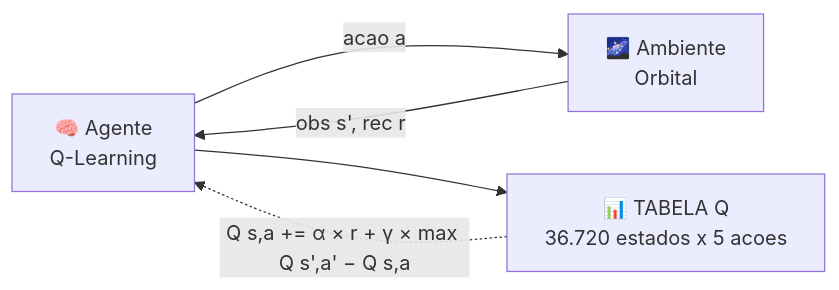
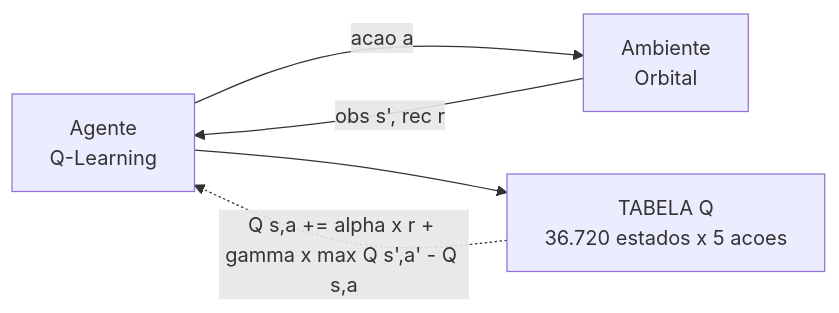
Before and after one commit to ClaudersonXavier/aprendizado-de-maquina-estilingue-espacial: the first of 3 diagrams in docs/agentes/agente-qlearning.md, drawn with Mermaid. The commit also changed other lines of this file and 2 other files, not shown here.

````diff
--- a/docs/agentes/agente-qlearning.md
+++ b/docs/agentes/agente-qlearning.md
@@ -15,7 +15,7 @@
 ```mermaid
 flowchart LR
-    A[🧠 Agente<br/>Q-Learning] -->|acao a| B[🌌 Ambiente<br/>Orbital]
+    A[Agente<br/>Q-Learning] -->|acao a| B[Ambiente<br/>Orbital]
     B -->|obs s', rec r| A
-    A --> C[📊 TABELA Q<br/>36.720 estados x 5 acoes]
-    C -.->|Q s,a += α × r + γ × max Q s',a' − Q s,a| A
+    A --> C[TABELA Q<br/>36.720 estados x 5 acoes]
+    C -.->|Q s,a += alpha x r + gamma x max Q s',a' - Q s,a| A
 ```
````
